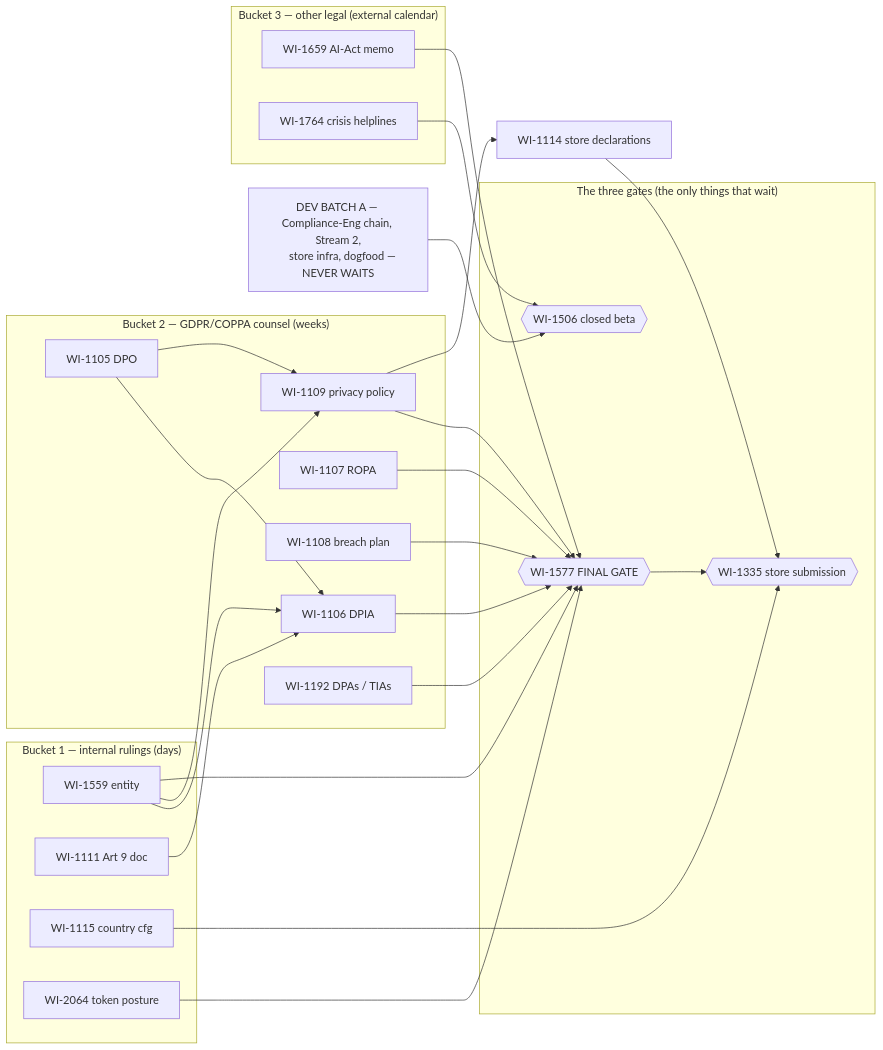
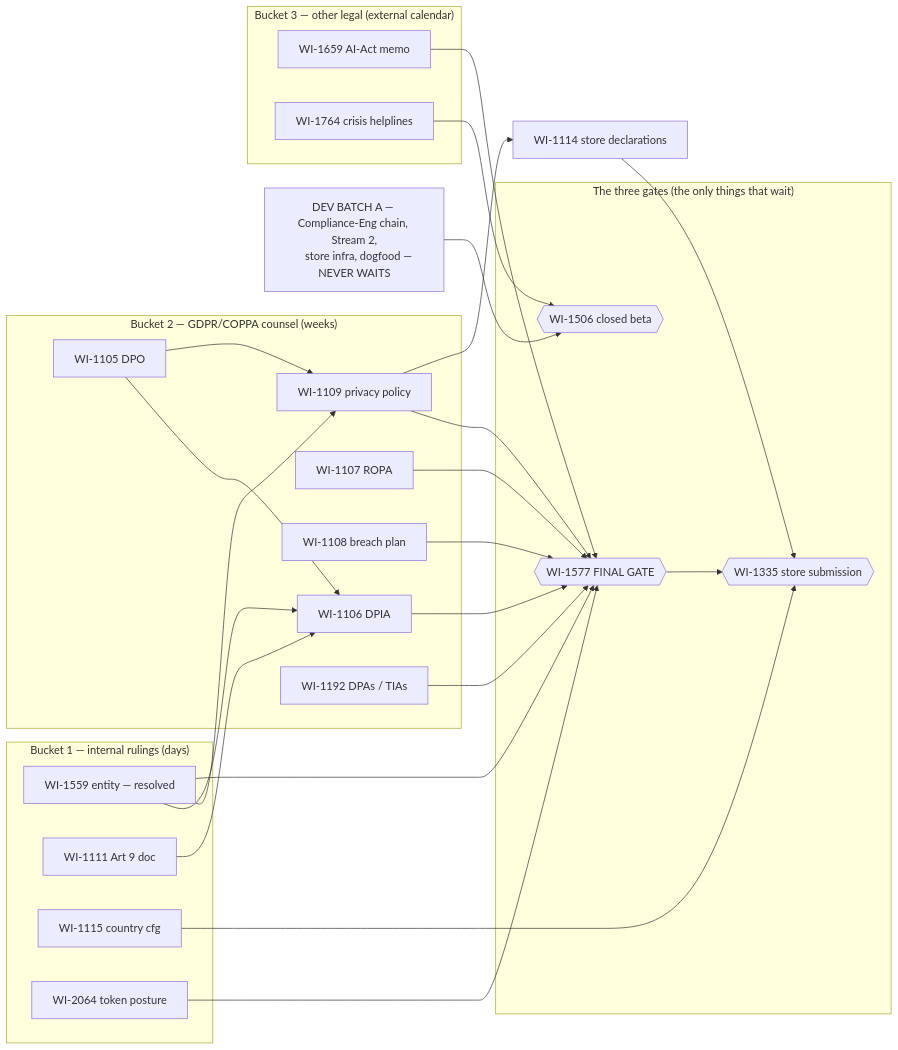
Before and after one commit to cognoco/eduagent-build: the first of 3 diagrams in _wip/mvp-roadmap/2026-07-15-ld2-options-visual.md, drawn with Mermaid. The commit also changed other lines of this file and 22 other files, not shown here.

````diff
--- a/_wip/mvp-roadmap/2026-07-15-ld2-options-visual.md
+++ b/_wip/mvp-roadmap/2026-07-15-ld2-options-visual.md
@@ -7,48 +9,48 @@
 ```mermaid
 flowchart LR
     subgraph B1["Bucket 1 — internal rulings (days)"]
-      W1559["WI-1559 entity"]
+      W1559["WI-1559 entity — resolved"]
       W1111["WI-1111 Art 9 doc"]
       W1115["WI-1115 country cfg"]
       W2064["WI-2064 token posture"]
     end
     subgraph B2["Bucket 2 — GDPR/COPPA counsel (weeks)"]
       W1105["WI-1105 DPO"]
       W1106["WI-1106 DPIA"]
       W1107["WI-1107 ROPA"]
       W1108["WI-1108 breach plan"]
       W1109["WI-1109 privacy policy"]
       W1192["WI-1192 DPAs / TIAs"]
     end
     subgraph B3["Bucket 3 — other legal (external calendar)"]
       W1659["WI-1659 AI-Act memo"]
       W1764["WI-1764 crisis helplines"]
     end
     W1114["WI-1114 store declarations"]
     DEV["DEV BATCH A — Compliance-Eng chain, Stream 2,
     store infra, dogfood — NEVER WAITS"]
     subgraph GATES["The three gates (the only things that wait)"]
       W1577{{"WI-1577 FINAL GATE"}}
       W1335{{"WI-1335 store submission"}}
       W1506{{"WI-1506 closed beta"}}
     end
     W1105 --> W1106
     W1105 --> W1109
     W1111 --> W1106
     W1559 --> W1106
     W1559 --> W1109
     W1559 --> W1577
     W1106 --> W1577
     W1107 --> W1577
     W1108 --> W1577
     W1109 --> W1577
     W1109 --> W1114
     W1114 --> W1335
     W1115 --> W1335
     W1192 --> W1577
     W1659 --> W1577
     W2064 --> W1577
     W1577 --> W1335
     W1764 --> W1506
     DEV --> W1506
 ```
````
